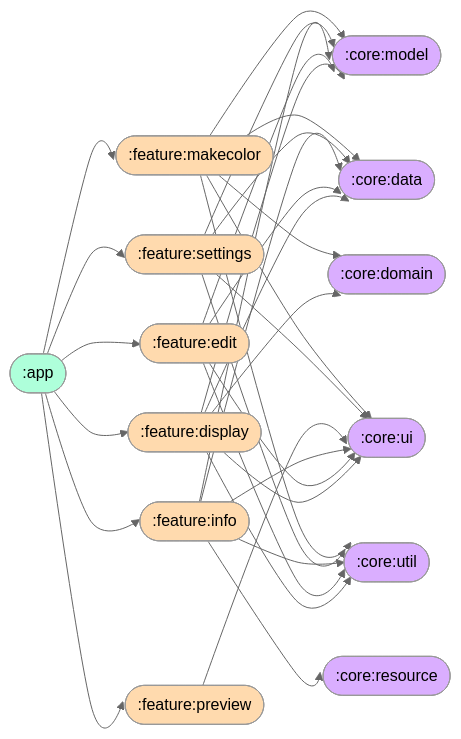
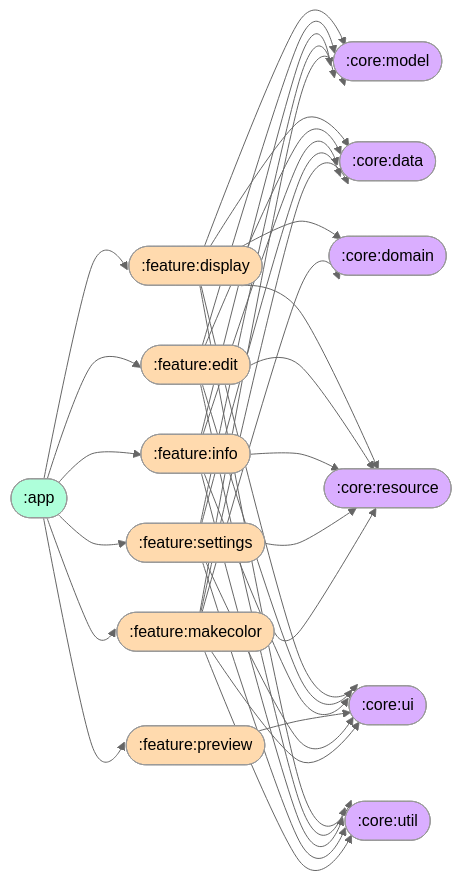
Before and after one commit to kosenda/MultiColorPicker: the diagram in README.md, drawn with Mermaid (neutral theme).

Commit message:
docs: add depedency
[skip ci]

````diff
--- a/README.md
+++ b/README.md
@@ -51,45 +51,49 @@
 ```mermaid
 flowchart LR
 %%{init: {'flowchart' : {'curve' : 'cardinal'}}}%%
 
   classDef appModule fill:#AEFFDA,color:#000
   classDef featureModule fill:#FFDAAE,color:#000
   classDef coreModule fill:#DAAEFF,color:#000
   
   A1([:app]):::appModule --> B1([:feature:makecolor]):::featureModule
   A1 --> B2([:feature:settings]):::featureModule
   A1 --> B3([:feature:preview]):::featureModule
   A1 --> B4([:feature:info]):::featureModule
   A1 --> B5([:feature:edit]):::featureModule
   A1 --> B6([:feature:display]):::featureModule
   
   B1 --> C1([:core:model]):::coreModule 
   B1 --> C2([:core:data]):::coreModule
   B1 --> C3([:core:domain]):::coreModule
+  B1 --> C4([:core:resource]):::coreModule
   B1 --> C5([:core:ui]):::coreModule
   B1 --> C6([:core:util]):::coreModule
   
   B2 --> C1
   B2 --> C2
+  B2 --> C4
   B2 --> C5
   B2 --> C6
   
   B3 --> C5
   
   B4 --> C1
   B4 --> C2
-  B4 --> C4([:core:resource]):::coreModule
+  B4 --> C4
   B4 --> C5
   B4 --> C6
   
   B5 --> C1
   B5 --> C2
+  B5 --> C4
   B5 --> C5
   B5 --> C6
   
   B6 --> C1
   B6 --> C2
   B6 --> C3
+  B6 --> C4
   B6 --> C5
   B6 --> C6
 ```
````
